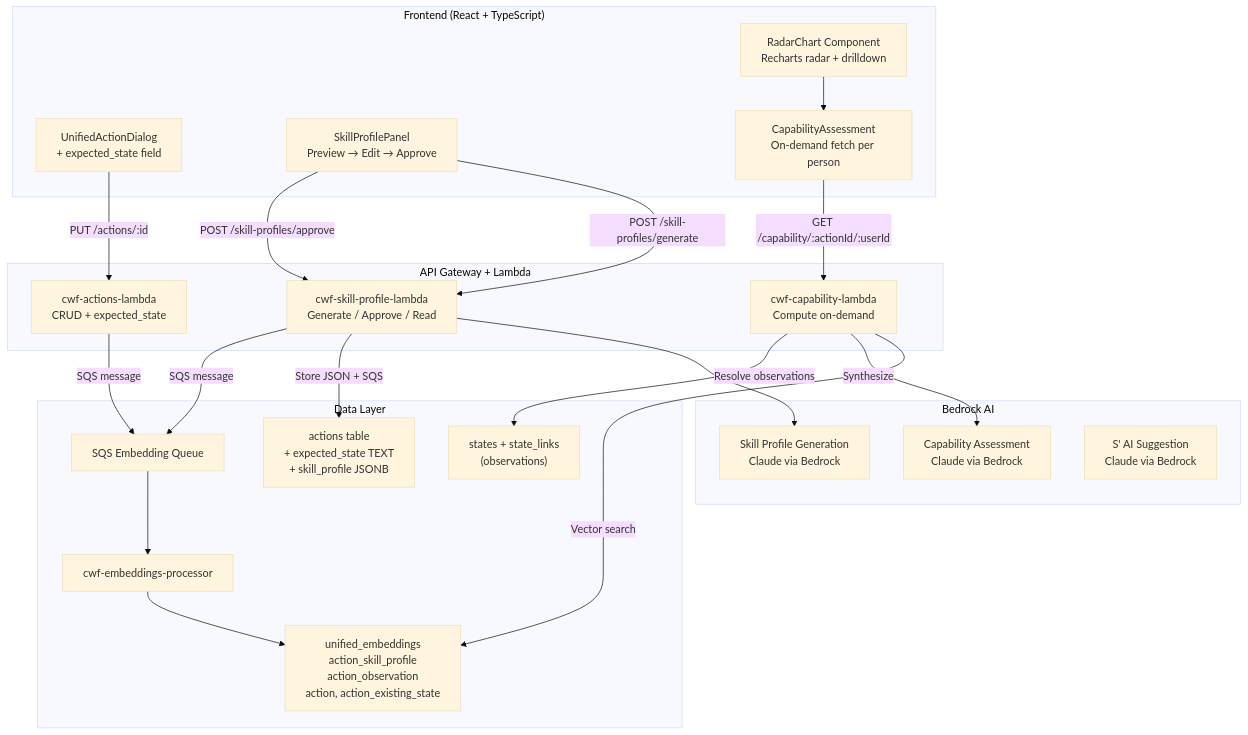
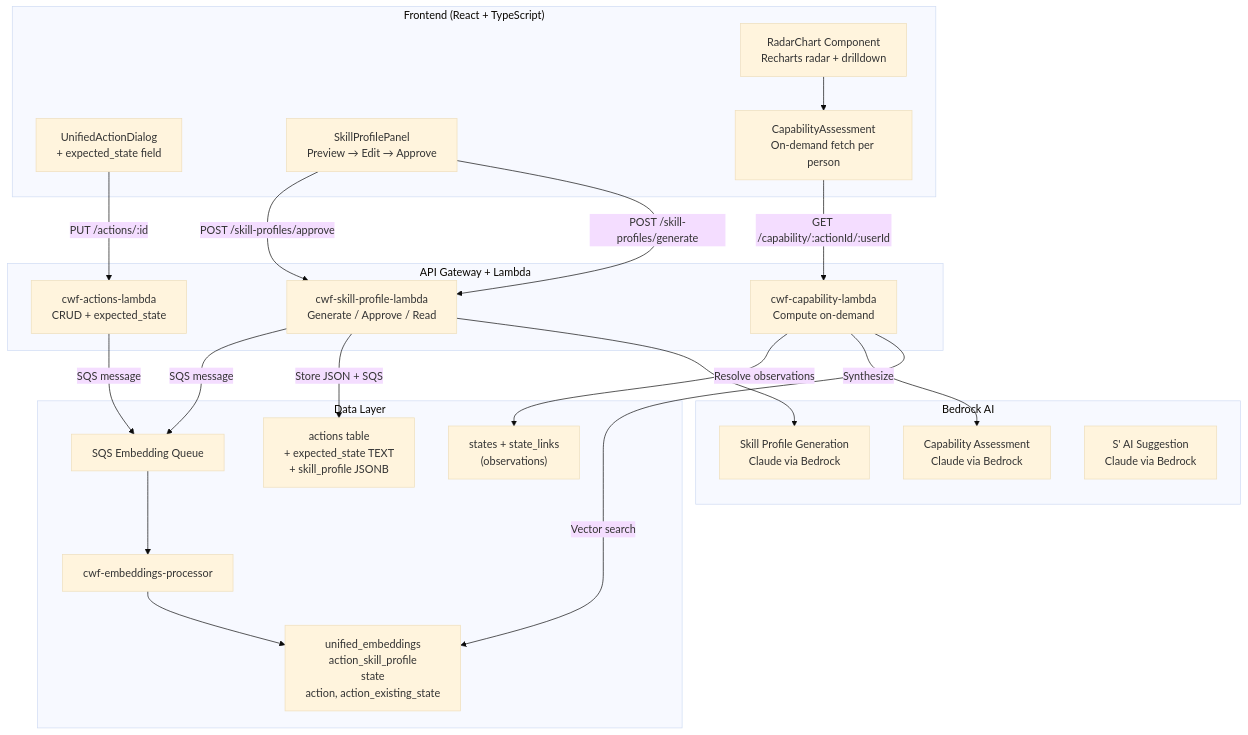
Before and after one commit to whiteboxllms/clever-widget-factory: the first of 3 diagrams in .kiro/specs/observation-based-training/design.md, drawn with Mermaid (base theme). The commit also changed other lines of this file and 37 other files, not shown here.

Commit message:
Setup a radar chart and image upload fixes

````diff
--- a/.kiro/specs/observation-based-training/design.md
+++ b/.kiro/specs/observation-based-training/design.md
@@ -18,48 +18,48 @@
 ```mermaid
 flowchart TB
     subgraph Frontend["Frontend (React + TypeScript)"]
         ActionForm["UnifiedActionDialog<br/>+ expected_state field"]
         SkillProfilePanel["SkillProfilePanel<br/>Preview → Edit → Approve"]
         RadarChart["RadarChart Component<br/>Recharts radar + drilldown"]
         CapabilityView["CapabilityAssessment<br/>On-demand fetch per person"]
     end
 
     subgraph API["API Gateway + Lambda"]
         ActionsLambda["cwf-actions-lambda<br/>CRUD + expected_state"]
         SkillProfileLambda["cwf-skill-profile-lambda<br/>Generate / Approve / Read"]
         CapabilityLambda["cwf-capability-lambda<br/>Compute on-demand"]
     end
 
     subgraph AI["Bedrock AI"]
         SkillGen["Skill Profile Generation<br/>Claude via Bedrock"]
         CapabilityGen["Capability Assessment<br/>Claude via Bedrock"]
         DesiredEndStateGen["S' AI Suggestion<br/>Claude via Bedrock"]
     end
 
     subgraph Data["Data Layer"]
         ActionsTable["actions table<br/>+ expected_state TEXT<br/>+ skill_profile JSONB"]
-        UnifiedEmb["unified_embeddings<br/>action_skill_profile<br/>action_observation<br/>action, action_existing_state"]
+        UnifiedEmb["unified_embeddings<br/>action_skill_profile<br/>state<br/>action, action_existing_state"]
         StatesTable["states + state_links<br/>(observations)"]
         SQS["SQS Embedding Queue"]
         EmbProcessor["cwf-embeddings-processor"]
     end
 
     ActionForm -->|"PUT /actions/:id"| ActionsLambda
     ActionsLambda -->|"SQS message"| SQS
     SQS --> EmbProcessor
     EmbProcessor --> UnifiedEmb
 
     SkillProfilePanel -->|"POST /skill-profiles/generate"| SkillProfileLambda
     SkillProfileLambda --> SkillGen
     SkillProfilePanel -->|"POST /skill-profiles/approve"| SkillProfileLambda
     SkillProfileLambda -->|"Store JSON + SQS"| ActionsTable
     SkillProfileLambda -->|"SQS message"| SQS
 
     CapabilityView -->|"GET /capability/:actionId/:userId"| CapabilityLambda
     CapabilityLambda -->|"Vector search"| UnifiedEmb
     CapabilityLambda -->|"Synthesize"| CapabilityGen
     CapabilityLambda -->|"Resolve observations"| StatesTable
 
     RadarChart --> CapabilityView
 
 ```
````
